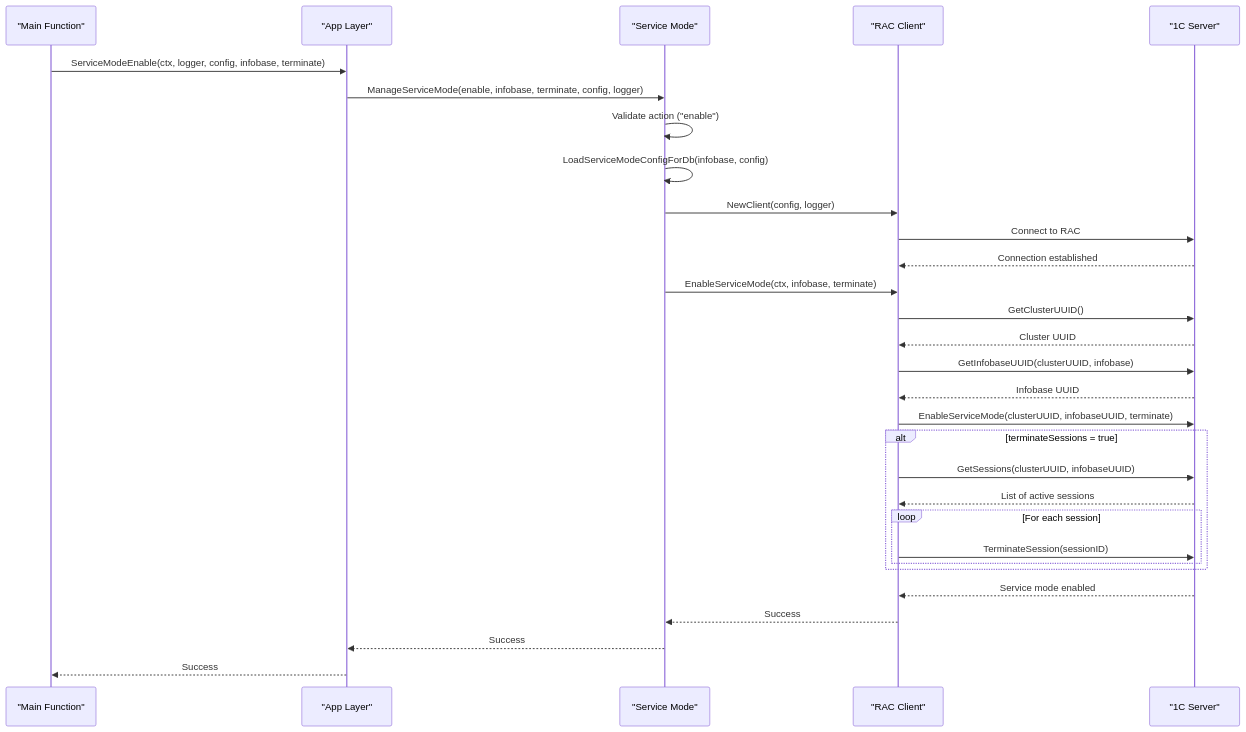
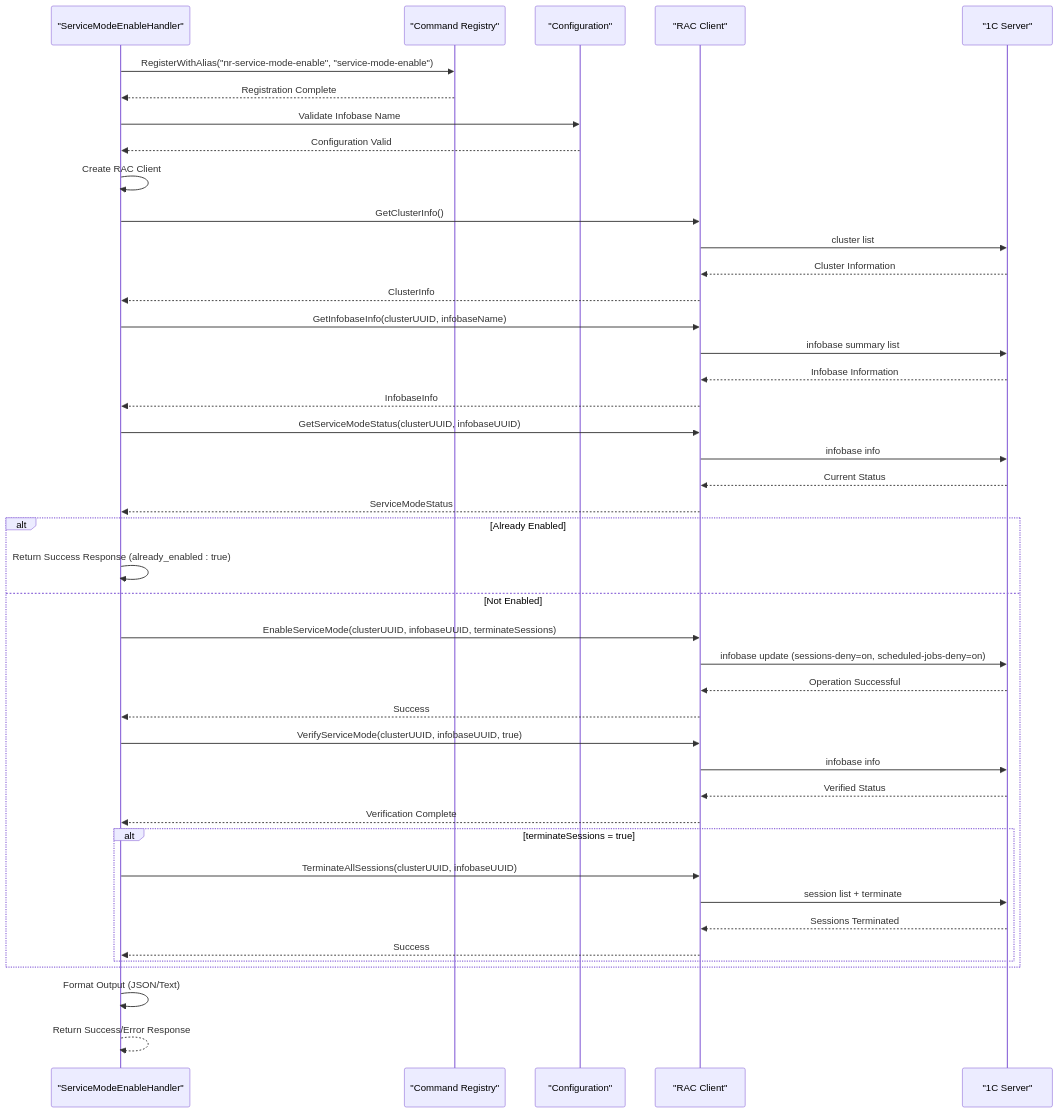
Before and after one commit to Kargones/apk-ci: the second of 3 diagrams in .qoder/repowiki/en/content/Command Reference/Service Mode Commands/Enable Service Mode.md, drawn with Mermaid. The commit also changed other lines of this file and 2036 other files, not shown here.

````diff
--- a/.qoder/repowiki/en/content/Command Reference/Service Mode Commands/Enable Service Mode.md
+++ b/.qoder/repowiki/en/content/Command Reference/Service Mode Commands/Enable Service Mode.md
@@ -129,32 +157,45 @@
 ```mermaid
 sequenceDiagram
-participant Main as "Main Function"
-participant App as "App Layer"
-participant SM as "Service Mode"
-participant Client as "RAC Client"
+participant Handler as "ServiceModeEnableHandler"
+participant Registry as "Command Registry"
+participant Config as "Configuration"
+participant RAC as "RAC Client"
 participant Server as "1C Server"
-Main->>App : ServiceModeEnable(ctx, logger, config, infobase, terminate)
-App->>SM : ManageServiceMode(enable, infobase, terminate, config, logger)
-SM->>SM : Validate action ("enable")
-SM->>SM : LoadServiceModeConfigForDb(infobase, config)
-SM->>Client : NewClient(config, logger)
-Client->>Server : Connect to RAC
-Server-->>Client : Connection established
-SM->>Client : EnableServiceMode(ctx, infobase, terminate)
-Client->>Server : GetClusterUUID()
-Server-->>Client : Cluster UUID
-Client->>Server : GetInfobaseUUID(clusterUUID, infobase)
-Server-->>Client : Infobase UUID
-Client->>Server : EnableServiceMode(clusterUUID, infobaseUUID, terminate)
+Handler->>Registry : RegisterWithAlias("nr-service-mode-enable", "service-mode-enable")
+Registry-->>Handler : Registration Complete
+Handler->>Config : Validate Infobase Name
+Config-->>Handler : Configuration Valid
+Handler->>Handler : Create RAC Client
+Handler->>RAC : GetClusterInfo()
+RAC->>Server : cluster list
+Server-->>RAC : Cluster Information
+RAC-->>Handler : ClusterInfo
+Handler->>RAC : GetInfobaseInfo(clusterUUID, infobaseName)
+RAC->>Server : infobase summary list
+Server-->>RAC : Infobase Information
+RAC-->>Handler : InfobaseInfo
+Handler->>RAC : GetServiceModeStatus(clusterUUID, infobaseUUID)
+RAC->>Server : infobase info
+Server-->>RAC : Current Status
+RAC-->>Handler : ServiceModeStatus
+alt Already Enabled
+Handler->>Handler : Return Success Response (already_enabled : true)
+else Not Enabled
+Handler->>RAC : EnableServiceMode(clusterUUID, infobaseUUID, terminateSessions)
+RAC->>Server : infobase update (sessions-deny=on, scheduled-jobs-deny=on)
+Server-->>RAC : Operation Successful
+RAC-->>Handler : Success
+Handler->>RAC : VerifyServiceMode(clusterUUID, infobaseUUID, true)
+RAC->>Server : infobase info
+Server-->>RAC : Verified Status
+RAC-->>Handler : Verification Complete
 alt terminateSessions = true
-Client->>Server : GetSessions(clusterUUID, infobaseUUID)
-Server-->>Client : List of active sessions
-loop For each session
-Client->>Server : TerminateSession(sessionID)
+Handler->>RAC : TerminateAllSessions(clusterUUID, infobaseUUID)
+RAC->>Server : session list + terminate
+Server-->>RAC : Sessions Terminated
+RAC-->>Handler : Success
 end
 end
-Server-->>Client : Service mode enabled
-Client-->>SM : Success
-SM-->>App : Success
-App-->>Main : Success
+Handler->>Handler : Format Output (JSON/Text)
+Handler-->>Handler : Return Success/Error Response
 ```
````
